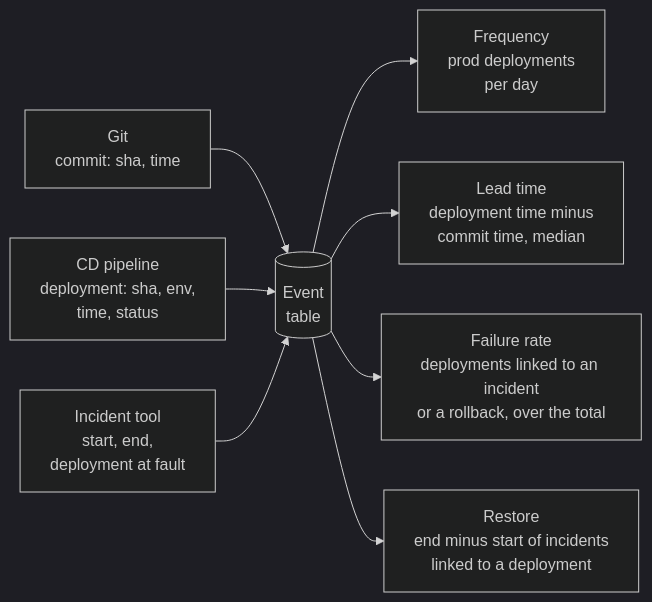
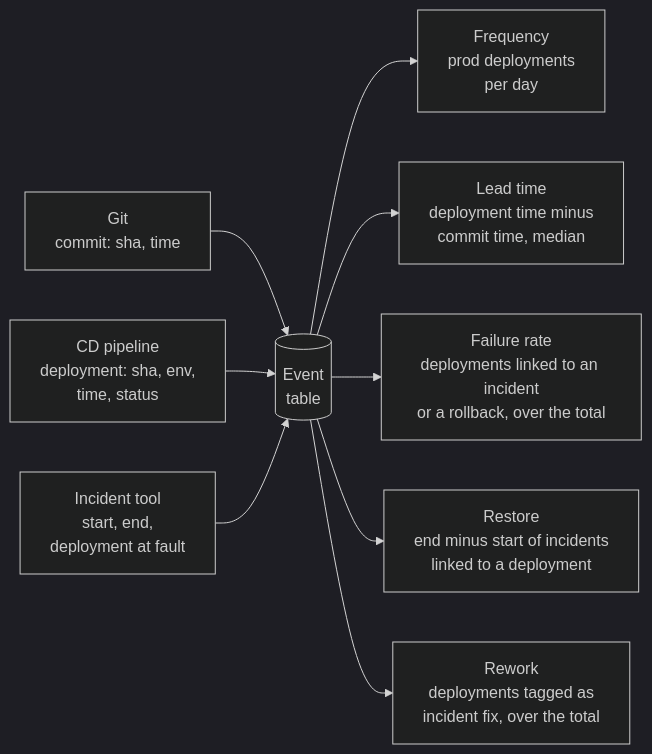
Before and after one commit to vincentbaticle/reminder: the eighth of 9 diagrams in docs/knowledge/livraison.en.md, drawn with Mermaid (dark theme). The commit also changed other lines of this file and 55 other files, not shown here.

````diff
--- a/docs/knowledge/livraison.en.md
+++ b/docs/knowledge/livraison.en.md
@@ -672,10 +676,11 @@
 ```mermaid
 flowchart LR
   G["Git<br/>commit: sha, time"] --> E[("Event<br/>table")]
   CD["CD pipeline<br/>deployment: sha, env,<br/>time, status"] --> E
   INC["Incident tool<br/>start, end,<br/>deployment at fault"] --> E
   E --> DF["Frequency<br/>prod deployments<br/>per day"]
   E --> LT["Lead time<br/>deployment time minus<br/>commit time, median"]
   E --> CFR["Failure rate<br/>deployments linked to an incident<br/>or a rollback, over the total"]
   E --> TR["Restore<br/>end minus start of incidents<br/>linked to a deployment"]
+  E --> RW["Rework<br/>deployments tagged as<br/>incident fix, over the total"]
 ```
````
